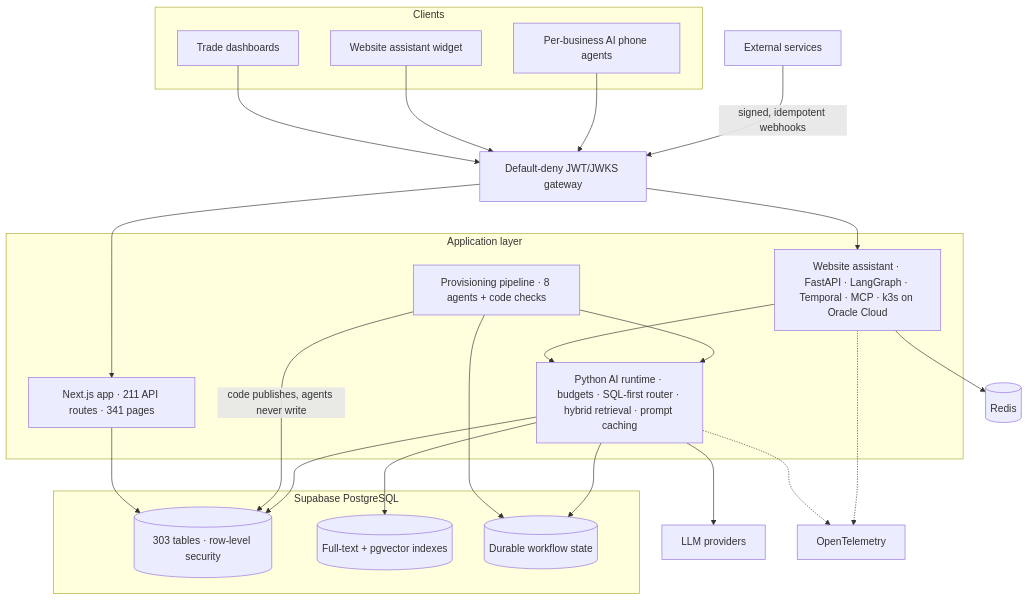
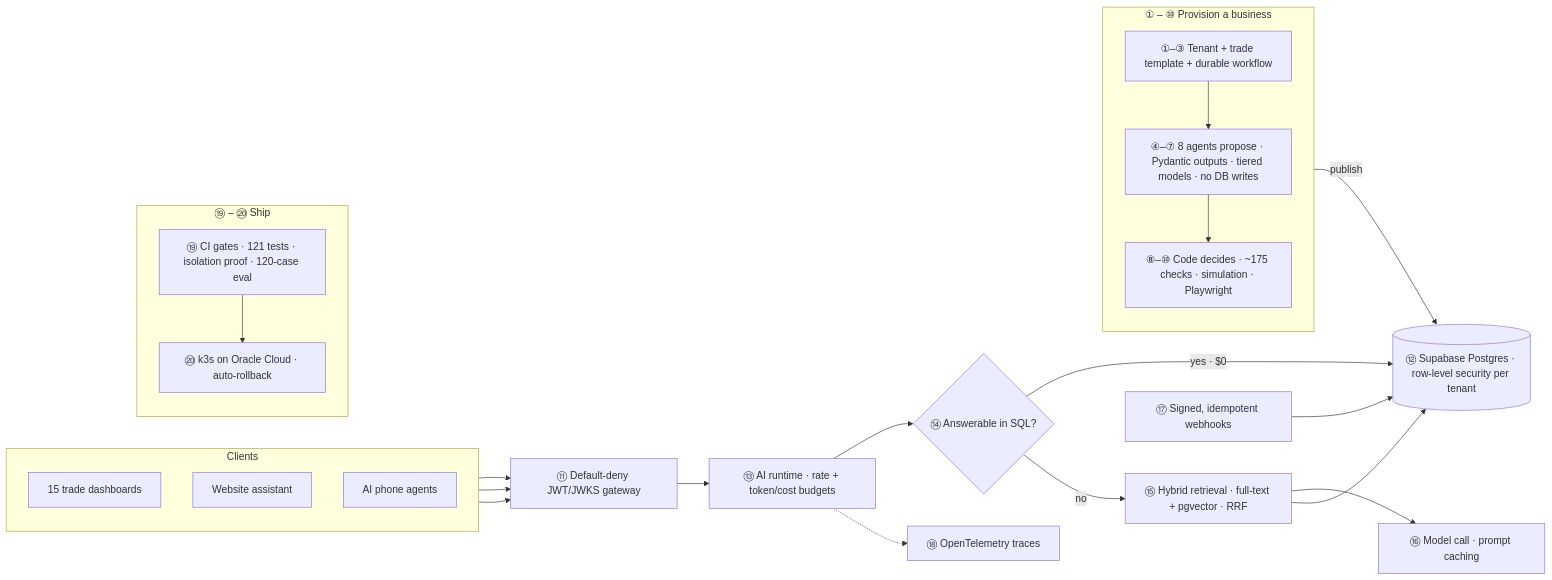
Before and after one commit to creAIveLabs-Test/creAIveLabs-Test: the second of 2 diagrams in README.md, drawn with Mermaid. The commit also changed other lines of this file, not shown here.

````diff
--- a/README.md
+++ b/README.md
@@ -112,43 +103,31 @@
 ```mermaid
-flowchart TB
-    subgraph CL["Clients"]
-        DASH["Trade dashboards"]
-        WEB["Website assistant widget"]
-        PHONE["Per-business AI phone agents"]
+flowchart LR
+    subgraph PV["① – ⑩ Provision a business"]
+        direction TB
+        A["①–③ Tenant + trade template + durable workflow"] --> B["④–⑦ 8 agents propose · Pydantic outputs · tiered models · no DB writes"]
+        B --> K["⑧–⑩ Code decides · ~175 checks · simulation · Playwright"]
     end
 
-    EXT["External services"]
-
-    GW["Default-deny JWT/JWKS gateway"]
-
-    subgraph APP["Application layer"]
-        NEXT["Next.js app · 211 API routes · 341 pages"]
-        WA["Website assistant · FastAPI · LangGraph · Temporal · MCP · k3s on Oracle Cloud"]
-        PROV["Provisioning pipeline · 8 agents + code checks"]
-        RT["Python AI runtime · budgets · SQL-first router · hybrid retrieval · prompt caching"]
+    subgraph CL["Clients"]
+        direction TB
+        D["15 trade dashboards"]
+        W["Website assistant"]
+        PH["AI phone agents"]
     end
 
-    subgraph DATA["Supabase PostgreSQL"]
-        PG[("303 tables · row-level security")]
-        IDX[("Full-text + pgvector indexes")]
-        WF[("Durable workflow state")]
+    D & W & PH --> G["⑪ Default-deny JWT/JWKS gateway"]
+    G --> R["⑬ AI runtime · rate + token/cost budgets"]
+    R --> Q{"⑭ Answerable in SQL?"}
+    Q -- "yes · $0" --> DB[("⑫ Supabase Postgres · row-level security per tenant")]
+    Q -- no --> H["⑮ Hybrid retrieval · full-text + pgvector · RRF"]
+    H --> M["⑯ Model call · prompt caching"]
+    H --> DB
+    WH["⑰ Signed, idempotent webhooks"] --> DB
+    K -- publish --> DB
+    R -.-> O["⑱ OpenTelemetry traces"]
+
+    subgraph SH["⑲ – ⑳ Ship"]
+        direction TB
+        CI["⑲ CI gates · 121 tests · isolation proof · 120-case eval"] --> K3["⑳ k3s on Oracle Cloud · auto-rollback"]
     end
-
-    REDIS[("Redis")]
-    LLM["LLM providers"]
-    OTEL["OpenTelemetry"]
-
-    DASH & WEB & PHONE --> GW
-    EXT -- "signed, idempotent webhooks" --> GW
-    GW --> NEXT & WA
-    NEXT --> PG
-    WA --> RT
-    WA --> REDIS
-    PROV --> RT
-    PROV --> WF
-    PROV -- "code publishes, agents never write" --> PG
-    RT --> PG & IDX & WF
-    RT --> LLM
-    RT -.-> OTEL
-    WA -.-> OTEL
 ```
````
